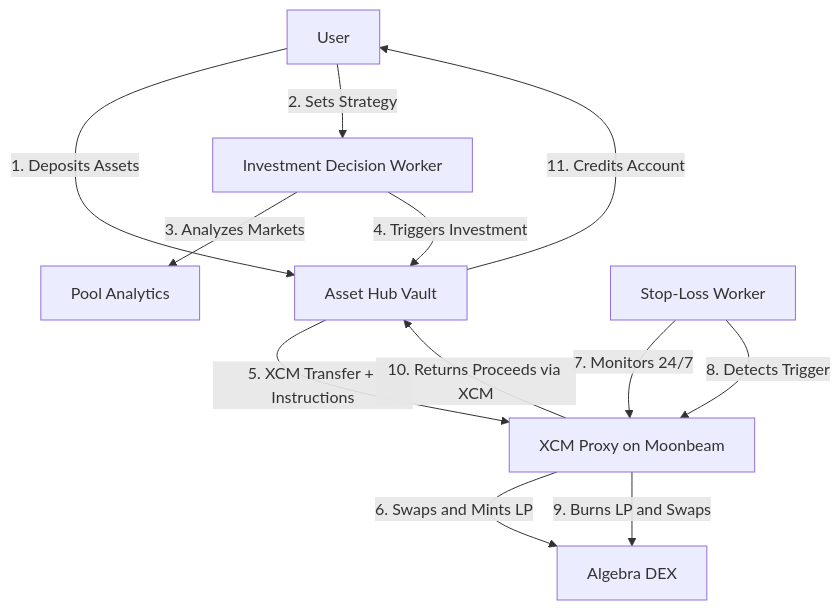
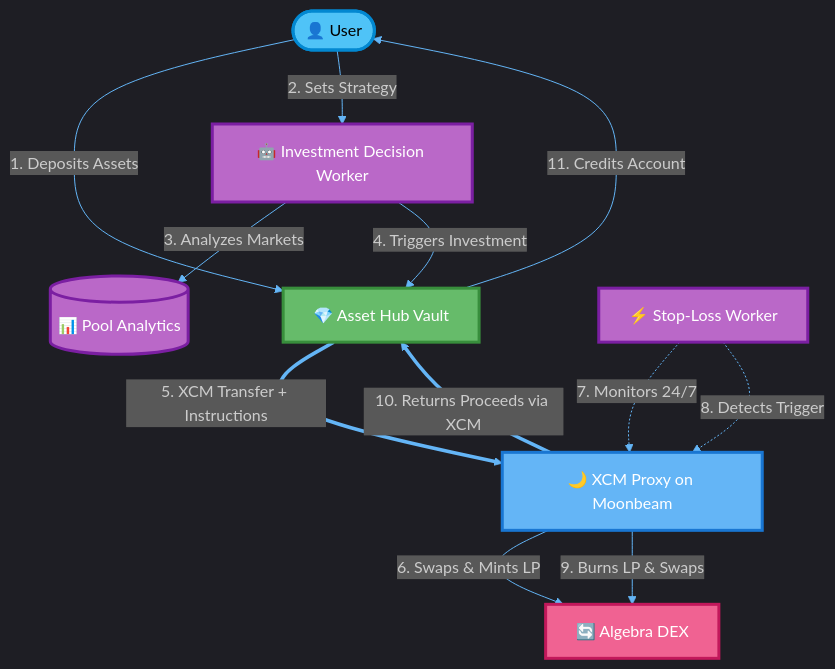
One commit to gabikreal1/LiquiDOT changed the diagram in gitbook/getting-started/how-it-works.md. Above: the diagram before and after it, drawn with Mermaid. The commit also changed 5 other files, not shown here.

````diff
--- a/gitbook/getting-started/how-it-works.md
+++ b/gitbook/getting-started/how-it-works.md
@@ -11,14 +11,35 @@
 ```mermaid
+%%{init: {'theme':'dark', 'themeVariables': { 'primaryColor':'#4fc3f7','primaryTextColor':'#fff','primaryBorderColor':'#0288d1','lineColor':'#64b5f6','secondaryColor':'#ba68c8','tertiaryColor':'#66bb6a','fontSize':'16px'}}}%%
 graph TB
-    User[User] -->|1. Deposits Assets| AssetHub[Asset Hub Vault]
-    User -->|2. Sets Strategy| Backend[Investment Decision Worker]
-    Backend -->|3. Analyzes Markets| PoolData[Pool Analytics]
+    User([👤 User])
+    AssetHub[💎 Asset Hub Vault]
+    Backend[🤖 Investment Decision Worker]
+    PoolData[(📊 Pool Analytics)]
+    Moonbeam[🌙 XCM Proxy on Moonbeam]
+    DEX[🔄 Algebra DEX]
+    Monitor[⚡ Stop-Loss Worker]
+    
+    User -->|1. Deposits Assets| AssetHub
+    User -->|2. Sets Strategy| Backend
+    Backend -->|3. Analyzes Markets| PoolData
     Backend -->|4. Triggers Investment| AssetHub
-    AssetHub -->|5. XCM Transfer + Instructions| Moonbeam[XCM Proxy on Moonbeam]
-    Moonbeam -->|6. Swaps and Mints LP| DEX[Algebra DEX]
-    Monitor[Stop-Loss Worker] -->|7. Monitors 24/7| Moonbeam
-    Monitor -->|8. Detects Trigger| Moonbeam
-    Moonbeam -->|9. Burns LP and Swaps| DEX
-    Moonbeam -->|10. Returns Proceeds via XCM| AssetHub
+    AssetHub ==>|5. XCM Transfer + Instructions| Moonbeam
+    Moonbeam -->|6. Swaps & Mints LP| DEX
+    Monitor -.->|7. Monitors 24/7| Moonbeam
+    Monitor -.->|8. Detects Trigger| Moonbeam
+    Moonbeam -->|9. Burns LP & Swaps| DEX
+    Moonbeam ==>|10. Returns Proceeds via XCM| AssetHub
     AssetHub -->|11. Credits Account| User
+    
+    classDef userStyle fill:#4fc3f7,stroke:#0288d1,stroke-width:3px,color:#000
+    classDef vaultStyle fill:#66bb6a,stroke:#388e3c,stroke-width:3px,color:#fff
+    classDef backendStyle fill:#ba68c8,stroke:#7b1fa2,stroke-width:3px,color:#fff
+    classDef moonbeamStyle fill:#64b5f6,stroke:#1976d2,stroke-width:3px,color:#fff
+    classDef dexStyle fill:#f06292,stroke:#c2185b,stroke-width:3px,color:#fff
+    
+    class User userStyle
+    class AssetHub vaultStyle
+    class Backend,PoolData,Monitor backendStyle
+    class Moonbeam moonbeamStyle
+    class DEX dexStyle
 ```
````
